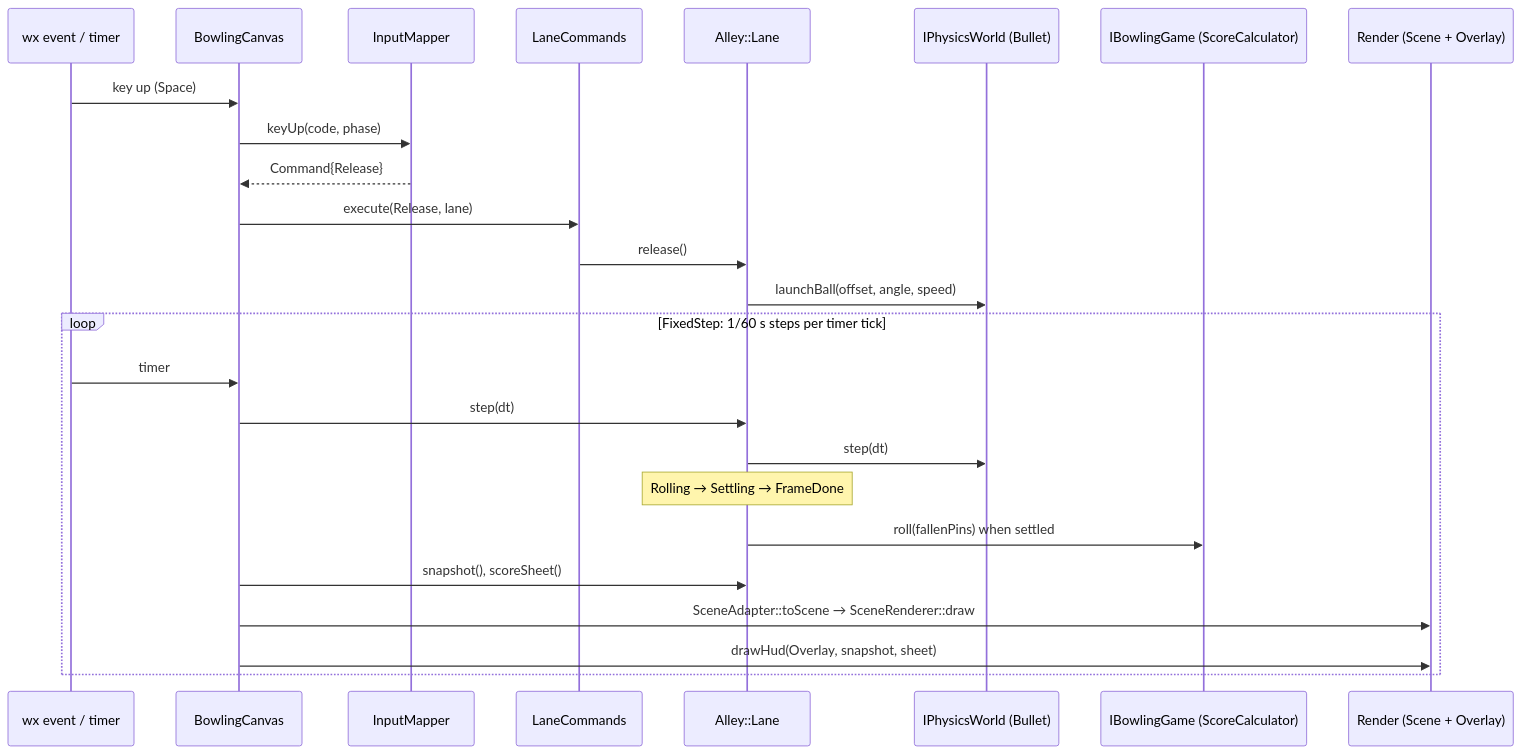
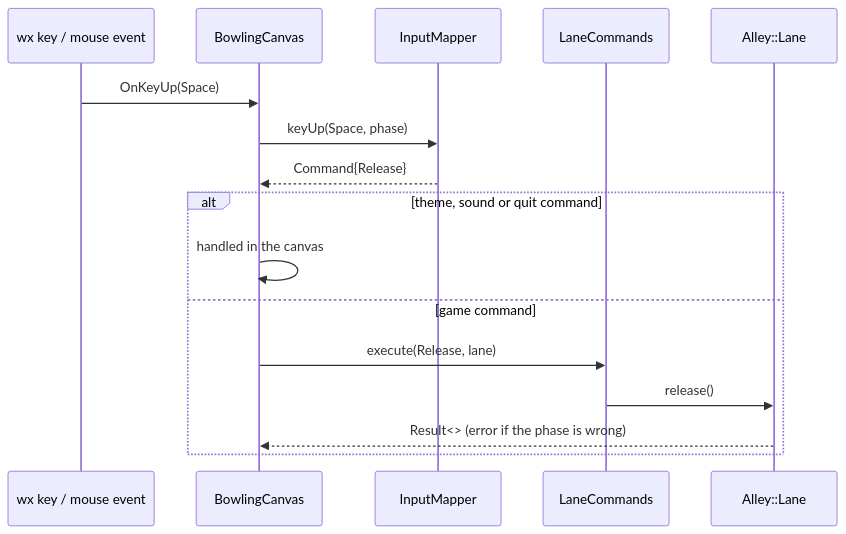
Before and after one commit to medaminben/Bowlingbox: the second of 4 diagrams in docs/ARCHITECTURE.md, drawn with Mermaid. The commit also changed other lines of this file and 23 other files, not shown here.

````diff
--- a/docs/ARCHITECTURE.md
+++ b/docs/ARCHITECTURE.md
@@ -232,28 +269,19 @@
 ```mermaid
 sequenceDiagram
-    participant wx as wx event / timer
+    participant wx as wx key / mouse event
     participant C as BowlingCanvas
     participant IM as InputMapper
     participant LC as LaneCommands
     participant L as Alley::Lane
-    participant W as IPhysicsWorld (Bullet)
-    participant S as IBowlingGame (ScoreCalculator)
-    participant R as Render (Scene + Overlay)
 
-    wx->>C: key up (Space)
-    C->>IM: keyUp(code, phase)
+    wx->>C: OnKeyUp(Space)
+    C->>IM: keyUp(Space, phase)
     IM-->>C: Command{Release}
-    C->>LC: execute(Release, lane)
-    LC->>L: release()
-    L->>W: launchBall(offset, angle, speed)
-    loop FixedStep: 1/60 s steps per timer tick
-        wx->>C: timer
-        C->>L: step(dt)
-        L->>W: step(dt)
-        Note over L: Rolling → Settling → FrameDone
-        L->>S: roll(fallenPins) when settled
-        C->>L: snapshot(), scoreSheet()
-        C->>R: SceneAdapter::toScene → SceneRenderer::draw
-        C->>R: drawHud(Overlay, snapshot, sheet)
+    alt theme, sound or quit command
+        C->>C: handled in the canvas
+    else game command
+        C->>LC: execute(Release, lane)
+        LC->>L: release()
+        L-->>C: Result<> (error if the phase is wrong)
     end
 ```
````
